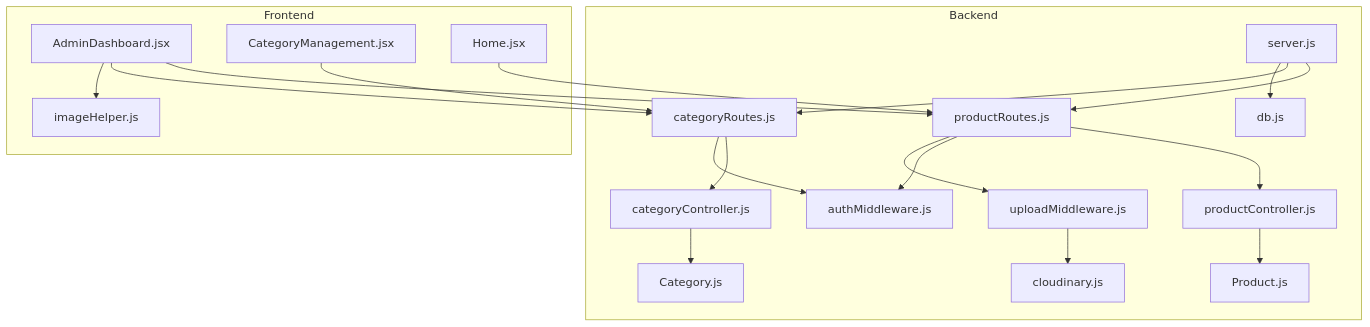
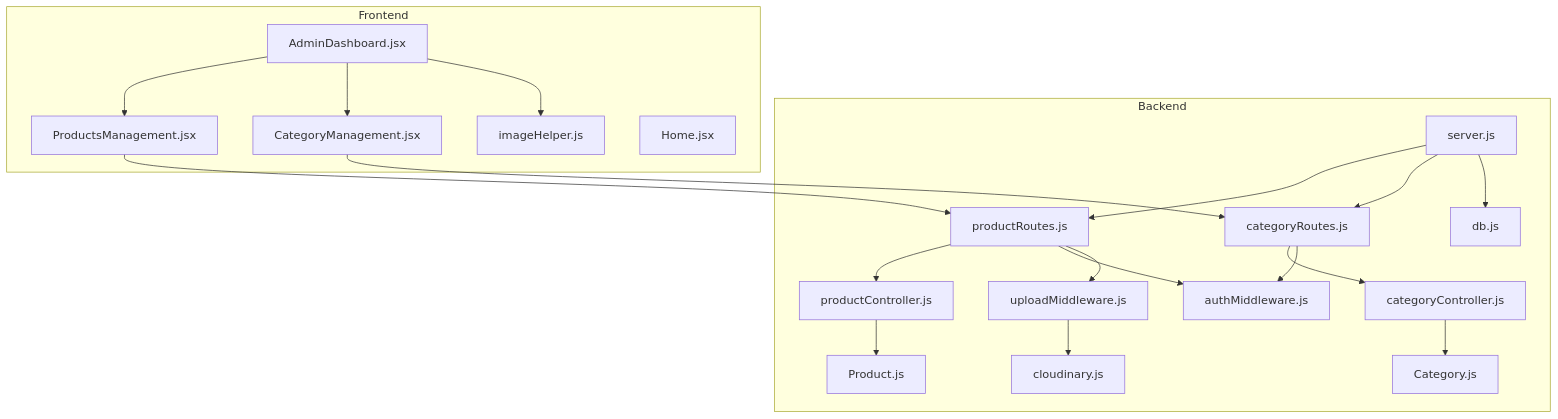
The first of 15 diagrams in .qoder/repowiki/en/content/Admin Dashboard/Product Administration/Product Administration.md (Pavan-PSPK9032/TrendsandToss), drawn with Mermaid before and after one commit. The commit also changed other lines of this file and 24 other files, not shown here.

````diff
--- a/.qoder/repowiki/en/content/Admin Dashboard/Product Administration/Product Administration.md
+++ b/.qoder/repowiki/en/content/Admin Dashboard/Product Administration/Product Administration.md
@@ -50,38 +52,39 @@
 ```mermaid
 graph TB
 subgraph "Backend"
 SRV["server.js"]
 DB["db.js"]
 PROD_ROUTES["productRoutes.js"]
 CAT_ROUTES["categoryRoutes.js"]
 PROD_CTRL["productController.js"]
 CAT_CTRL["categoryController.js"]
 PROD_MODEL["Product.js"]
 CAT_MODEL["Category.js"]
 AUTH["authMiddleware.js"]
 UPLOAD["uploadMiddleware.js"]
 CLOUD["cloudinary.js"]
 end
 subgraph "Frontend"
 ADMIN["AdminDashboard.jsx"]
+PROD_MAN["ProductsManagement.jsx"]
 CAT_MANAGEMENT["CategoryManagement.jsx"]
 IMGHELP["imageHelper.js"]
 HOME["Home.jsx"]
 end
+ADMIN --> PROD_MAN
+ADMIN --> CAT_MANAGEMENT
+PROD_MAN --> PROD_ROUTES
+CAT_MANAGEMENT --> CAT_ROUTES
+ADMIN --> IMGHELP
 SRV --> PROD_ROUTES
 SRV --> CAT_ROUTES
 PROD_ROUTES --> PROD_CTRL
 CAT_ROUTES --> CAT_CTRL
 PROD_CTRL --> PROD_MODEL
 CAT_CTRL --> CAT_MODEL
 PROD_ROUTES --> AUTH
 PROD_ROUTES --> UPLOAD
 CAT_ROUTES --> AUTH
 UPLOAD --> CLOUD
 SRV --> DB
-ADMIN --> PROD_ROUTES
-ADMIN --> CAT_ROUTES
-ADMIN --> IMGHELP
-CAT_MANAGEMENT --> CAT_ROUTES
-HOME --> PROD_ROUTES
 ```
````
